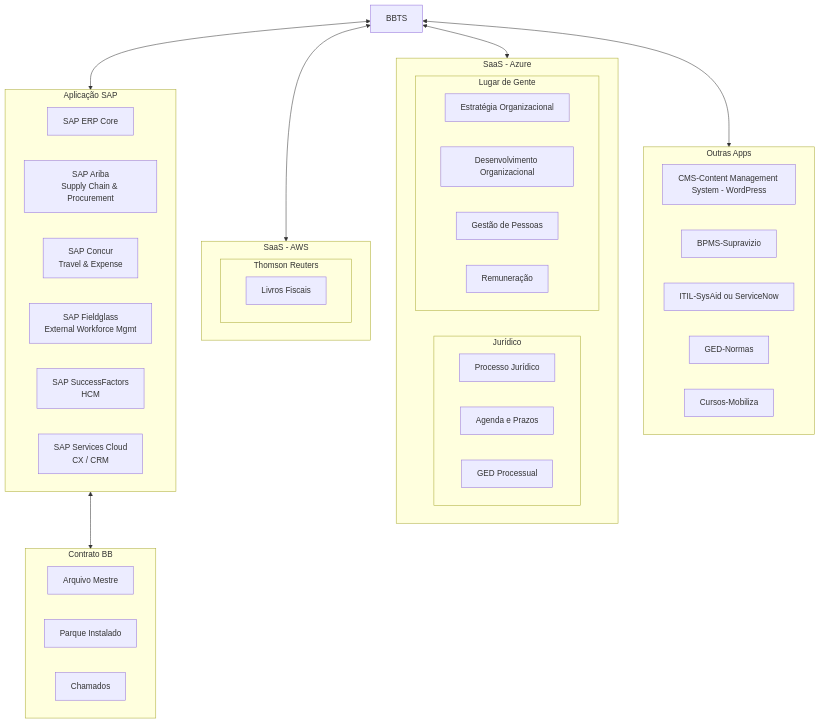
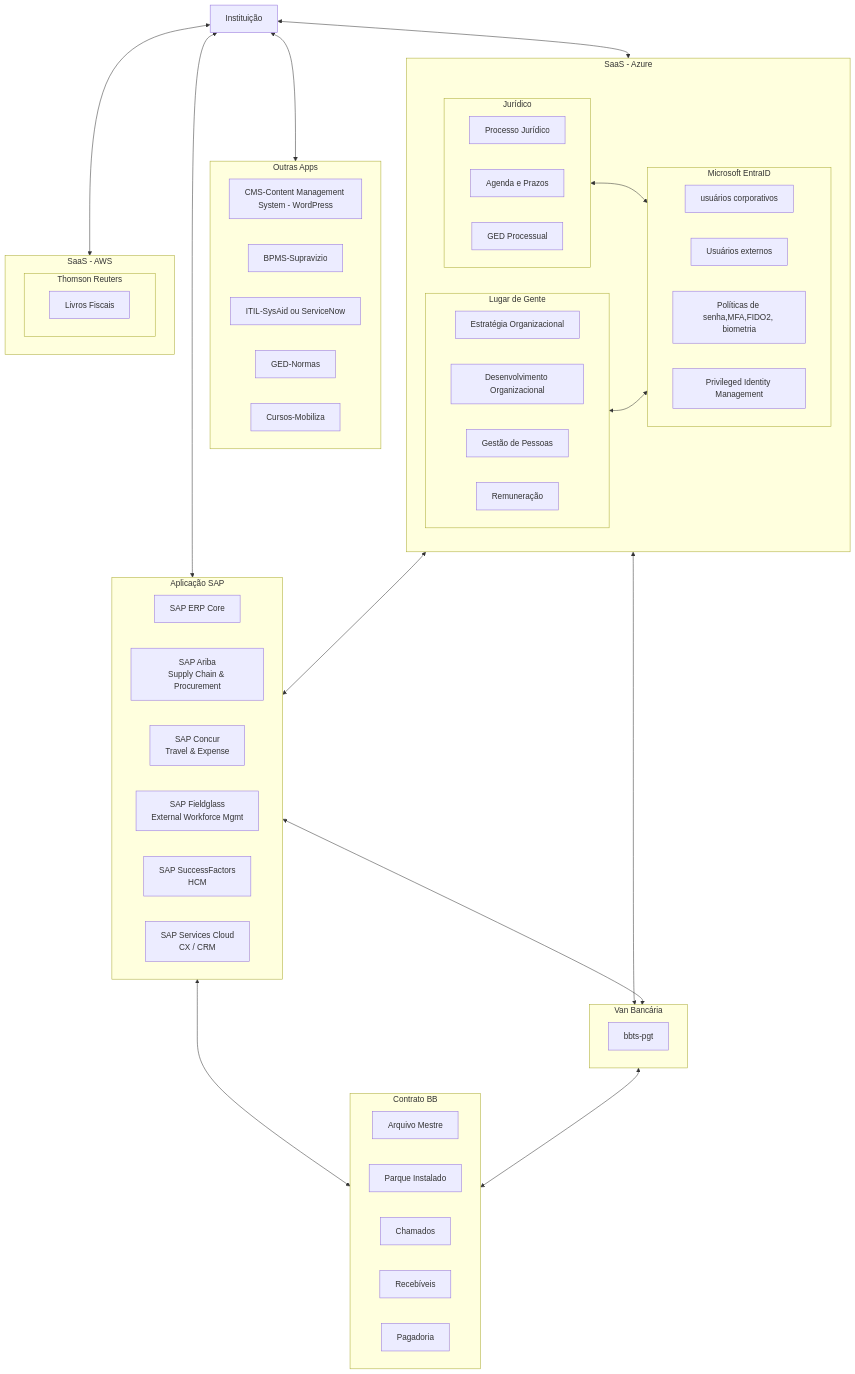
One commit to 60pportunities/EngenhariaSoftware changed diagram 11 of 23 in docs/Dados/Introdução.md. Above: the diagram before and after it, drawn with Mermaid. The commit also changed other lines of this file and 17 other files, not shown here.

````diff
--- a/docs/Dados/Introdução.md
+++ b/docs/Dados/Introdução.md
@@ -1123,59 +1127,73 @@
 ```mermaid
 flowchart TD
-    BB[BBTS]
+    BB[Instituição]
     subgraph outras ["Outras Apps"]
          direction LR
         outras01["CMS-Content Management System - WordPress"]
         outras02["BPMS-Supravizio"]
         outras03["ITIL-SysAid ou ServiceNow"]
         outras04["GED-Normas"]
         outras05["Cursos-Mobiliza"]
     end
     subgraph saasaz ["SaaS - Azure"]
        subgraph projurid ["Jurídico"]
         direction LR
         projurid01["Processo Jurídico"]
         projurid02["Agenda e Prazos"]
         projurid03["GED Processual"]
       end
       subgraph lgsaas ["Lugar de Gente"]
         direction LR
         lgsaas01["Estratégia Organizacional"]
         lgsaas02["Desenvolvimento Organizacional"]
         lgsaas03["Gestão de Pessoas"]
         lgsaas04["Remuneração"]
       end
+      subgraph msc ["Microsoft EntraID"]
+        direction LR
+        msc01["usuários corporativos"]
+        msc02["Usuários externos"]
+        msc03["Políticas de senha,MFA,FIDO2, biometria"]
+        msc04["Privileged Identity Management"]
+      end
     end
       subgraph lgsaas ["Lugar de Gente"]
-
         lgsaas01["Estratégia Organizacional"]
         lgsaas02["Desenvolvimento Organizacional"]
         lgsaas03["Gestão de Pessoas"]
         lgsaas04["Remuneração"]
       end
     subgraph saas ["SaaS - AWS"]
       subgraph onesource ["Thomson Reuters"]
          direction LR
          onesource01["Livros Fiscais"]
       end
     end
 
     subgraph sapapp ["Aplicação SAP"]
       direction LR
       ERP[SAP ERP Core]
       ARIBA[SAP Ariba<br/>Supply Chain & Procurement]
       CONCUR[SAP Concur<br/>Travel & Expense]
       FIELDGLASS[SAP Fieldglass<br/>External Workforce Mgmt]
       SUCCESS[SAP SuccessFactors<br/>HCM]
       SERVICES[SAP Services Cloud<br/>CX / CRM]
     end
     subgraph bancobrasil ["Contrato BB"]
-      direction LR
       Mestre01["Arquivo Mestre"]
       Mestre02["Parque Instalado"]
       Mestre03["Chamados"]
+      Mestre04["Recebíveis"]
+      Mestre05["Pagadoria"]
     end
-
+    subgraph vanbbts ["Van Bancária"]
+       vanbbts01["bbts-pgt"]
+    end
+    projurid <--> msc
+    lgsaas <--> msc
     BB <--> outras & saas & sapapp & saasaz
-    sapapp <--> bancobrasil
+    saasaz  <--> vanbbts
+    saasaz <--> sapapp
+    sapapp <-->  bancobrasil
+    sapapp <--> vanbbts <-->  bancobrasil
 ```
````
